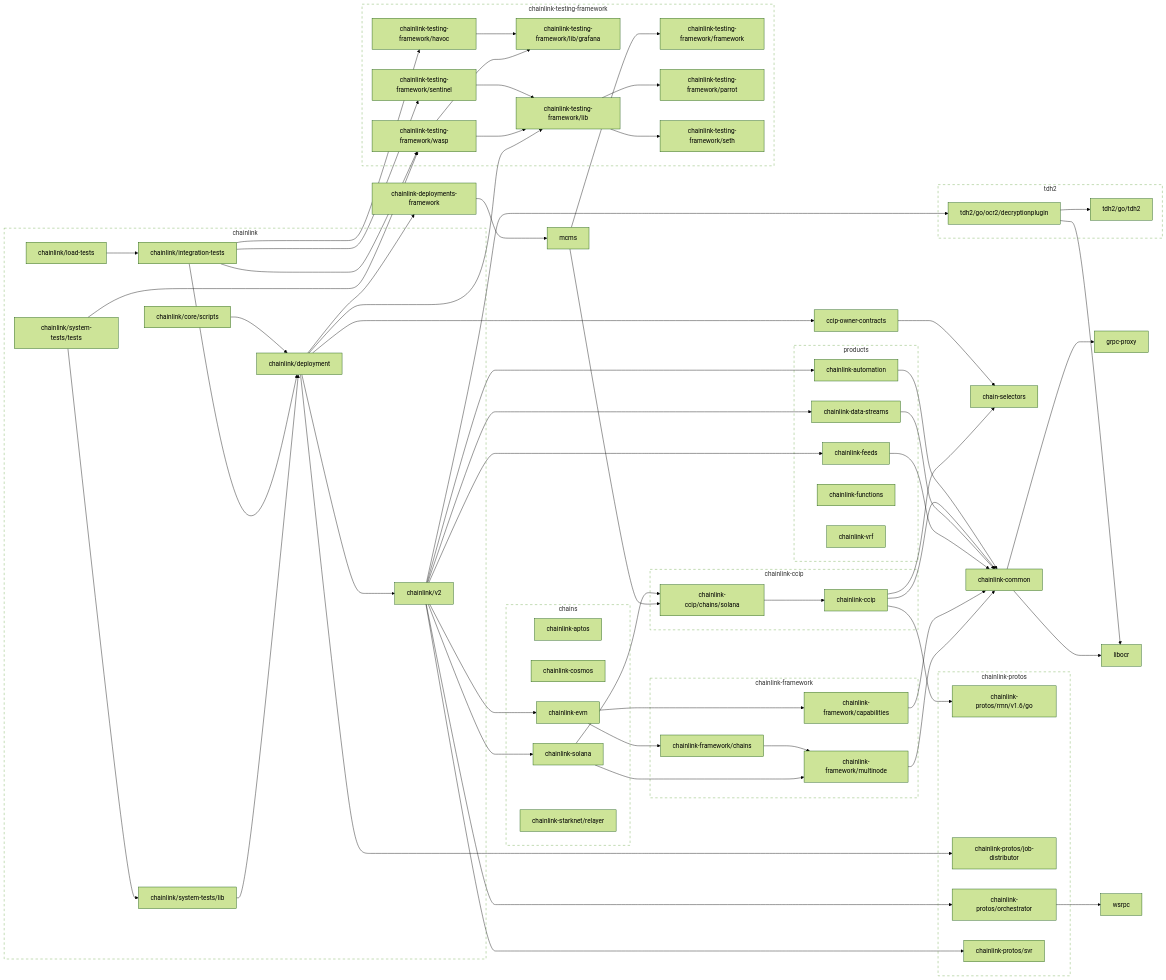
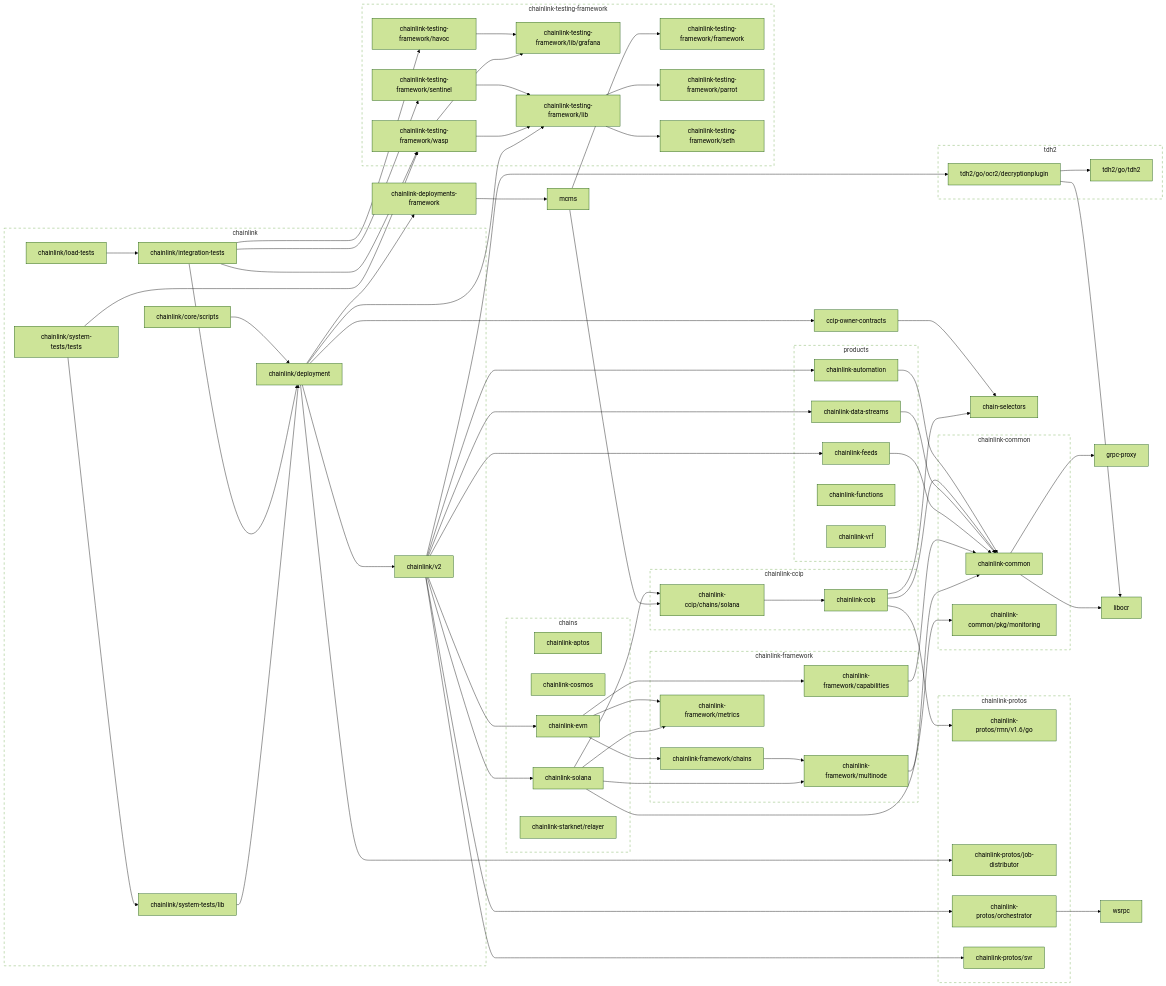
The second of 2 diagrams in go.md (smartcontractkit/chainlink), drawn with Mermaid (forest theme) before and after one commit. The commit also changed other lines of this file and 14 other files, not shown here.

````diff
--- a/go.md
+++ b/go.md
@@ -143,12 +157,15 @@
 	chainlink-common --> grpc-proxy
 	chainlink-common --> libocr
 	click chainlink-common href "https://github.com/smartcontractkit/chainlink-common"
+	chainlink-common/pkg/monitoring
+	click chainlink-common/pkg/monitoring href "https://github.com/smartcontractkit/chainlink-common"
 	chainlink-data-streams --> chainlink-common
 	click chainlink-data-streams href "https://github.com/smartcontractkit/chainlink-data-streams"
 	chainlink-deployments-framework --> mcms
 	click chainlink-deployments-framework href "https://github.com/smartcontractkit/chainlink-deployments-framework"
 	chainlink-evm --> chainlink-framework/capabilities
 	chainlink-evm --> chainlink-framework/chains
+	chainlink-evm --> chainlink-framework/metrics
 	click chainlink-evm href "https://github.com/smartcontractkit/chainlink-evm"
 	chainlink-feeds --> chainlink-common
 	click chainlink-feeds href "https://github.com/smartcontractkit/chainlink-feeds"
@@ -156,6 +173,8 @@
 	click chainlink-framework/capabilities href "https://github.com/smartcontractkit/chainlink-framework"
 	chainlink-framework/chains --> chainlink-framework/multinode
 	click chainlink-framework/chains href "https://github.com/smartcontractkit/chainlink-framework"
+	chainlink-framework/metrics
+	click chainlink-framework/metrics href "https://github.com/smartcontractkit/chainlink-framework"
 	chainlink-framework/multinode --> chainlink-common
 	click chainlink-framework/multinode href "https://github.com/smartcontractkit/chainlink-framework"
 	chainlink-protos/job-distributor
@@ -167,6 +186,8 @@
 	chainlink-protos/svr
 	click chainlink-protos/svr href "https://github.com/smartcontractkit/chainlink-protos"
 	chainlink-solana --> chainlink-ccip/chains/solana
+	chainlink-solana --> chainlink-common/pkg/monitoring
+	chainlink-solana --> chainlink-framework/metrics
 	chainlink-solana --> chainlink-framework/multinode
 	click chainlink-solana href "https://github.com/smartcontractkit/chainlink-solana"
 	chainlink-testing-framework/framework
@@ -248,9 +269,16 @@
 	end
 	click chainlink-ccip-repo href "https://github.com/smartcontractkit/chainlink-ccip"
 
+	subgraph chainlink-common-repo[chainlink-common]
+		 chainlink-common
+		 chainlink-common/pkg/monitoring
+	end
+	click chainlink-common-repo href "https://github.com/smartcontractkit/chainlink-common"
+
 	subgraph chainlink-framework-repo[chainlink-framework]
 		 chainlink-framework/capabilities
 		 chainlink-framework/chains
+		 chainlink-framework/metrics
 		 chainlink-framework/multinode
 	end
 	click chainlink-framework-repo href "https://github.com/smartcontractkit/chainlink-framework"
@@ -282,5 +310,5 @@
 	click tdh2-repo href "https://github.com/smartcontractkit/tdh2"
 
 	classDef outline stroke-dasharray:6,fill:none;
-	class chainlink-repo,chainlink-ccip-repo,chainlink-framework-repo,chainlink-protos-repo,chainlink-testing-framework-repo,tdh2-repo outline
+	class chainlink-repo,chainlink-ccip-repo,chainlink-common-repo,chainlink-framework-repo,chainlink-protos-repo,chainlink-testing-framework-repo,tdh2-repo outline
 ```
````
